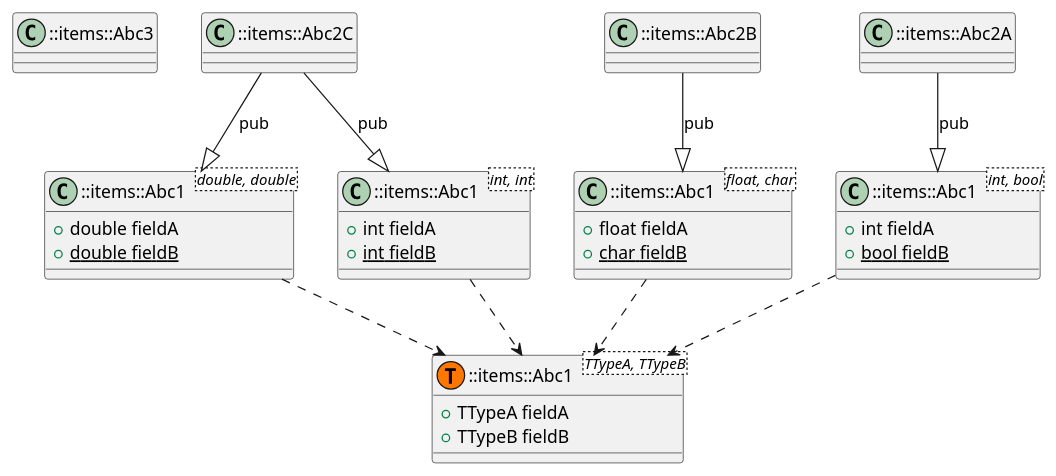
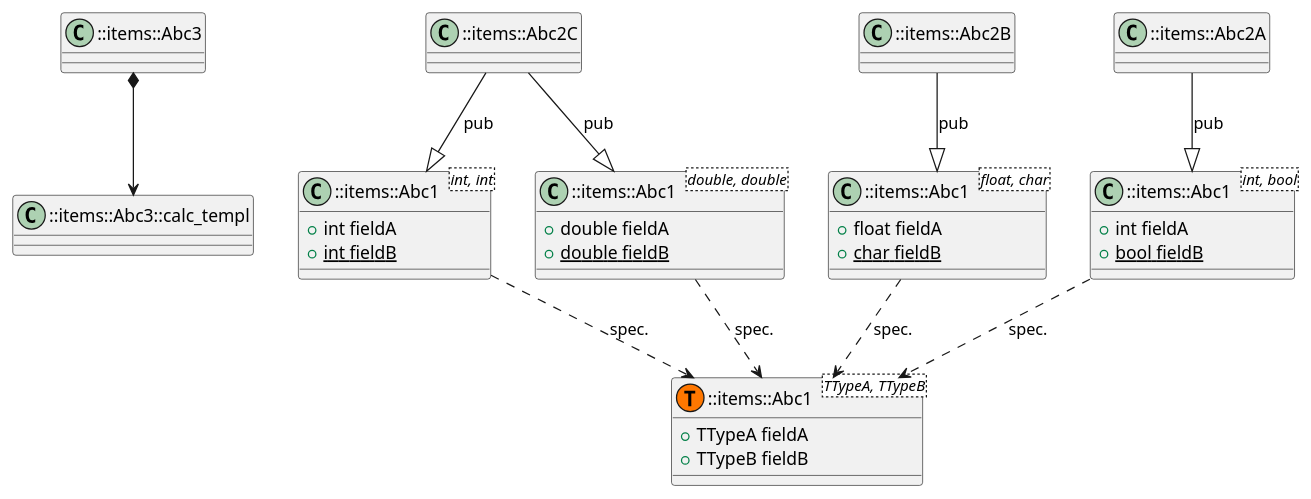
The diagram in examples/inheritgraph/cpp_templ.cpp.puml (anetczuk/gcc-uml), drawn with PlantUML before and after one commit. The commit also changed 26 other files, not shown here.

```diff
--- a/examples/inheritgraph/cpp_templ.cpp.puml
+++ b/examples/inheritgraph/cpp_templ.cpp.puml
@@ -1,49 +1,52 @@
 @startuml
 
-class "::items::Abc3" as item_0 {
+class "::items::Abc3" as @26 {
 }
-class "::items::Abc2C" as item_1 {
+class "::items::Abc2C" as @42 {
 }
-class "::items::Abc2B" as item_2 {
+class "::items::Abc2B" as @69 {
 }
-class "::items::Abc2A" as item_3 {
+class "::items::Abc2A" as @101 {
 }
-class "::items::Abc1" as item_4 <TTypeA, TTypeB> <<T,#FF7700>> {
+class "::items::Abc1<int, int>" as @64 {
+    {field} + int fieldA
+    {field} {static} + int fieldB
+}
+class "::items::Abc1<double, double>" as @65 {
+    {field} + double fieldA
+    {field} {static} + double fieldB
+}
+class "::items::Abc1<float, char>" as @97 {
+    {field} + float fieldA
+    {field} {static} + char fieldB
+}
+class "::items::Abc1<TTypeA, TTypeB>" as @127 <<T,#FF7700>> {
     {field} + TTypeA fieldA
     {field} + TTypeB fieldB
 }
-class "::items::Abc1<double, double>" as item_5 {
-    {field} + double fieldA
-    {field} {static} + double fieldB
-}
-class "::items::Abc1<int, int>" as item_6 {
-    {field} + int fieldA
-    {field} {static} + int fieldB
-}
-class "::items::Abc1<float, char>" as item_7 {
-    {field} + float fieldA
-    {field} {static} + char fieldB
-}
-class "::items::Abc1<int, bool>" as item_8 {
+class "::items::Abc1<int, bool>" as @124 {
     {field} + int fieldA
     {field} {static} + bool fieldB
 }
+class "::items::Abc3::calc_templ" as @60
 
+' ::items::Abc3 *--> ::items::Abc3::calc_templ
+"@26" *--> "@60"
 ' ::items::Abc2C --|> ::items::Abc1<int, int>
-item_1 --|> item_6: "pub"
+"@42" --|> "@64": "pub"
 ' ::items::Abc2C --|> ::items::Abc1<double, double>
-item_1 --|> item_5: "pub"
+"@42" --|> "@65": "pub"
 ' ::items::Abc2B --|> ::items::Abc1<float, char>
-item_2 --|> item_7: "pub"
+"@69" --|> "@97": "pub"
 ' ::items::Abc2A --|> ::items::Abc1<int, bool>
-item_3 --|> item_8: "pub"
-' ::items::Abc1<double, double> ..> ::items::Abc1
-item_5 ..> item_4
-' ::items::Abc1<int, int> ..> ::items::Abc1
-item_6 ..> item_4
-' ::items::Abc1<float, char> ..> ::items::Abc1
-item_7 ..> item_4
-' ::items::Abc1<int, bool> ..> ::items::Abc1
-item_8 ..> item_4
+"@101" --|> "@124": "pub"
+' ::items::Abc1<int, int> ..> ::items::Abc1: spec.
+"@64" ..> "@127": spec.
+' ::items::Abc1<double, double> ..> ::items::Abc1: spec.
+"@65" ..> "@127": spec.
+' ::items::Abc1<float, char> ..> ::items::Abc1: spec.
+"@97" ..> "@127": spec.
+' ::items::Abc1<int, bool> ..> ::items::Abc1: spec.
+"@124" ..> "@127": spec.
 
 @enduml
```
